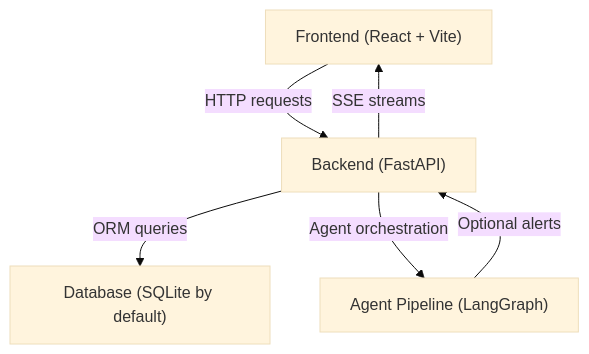
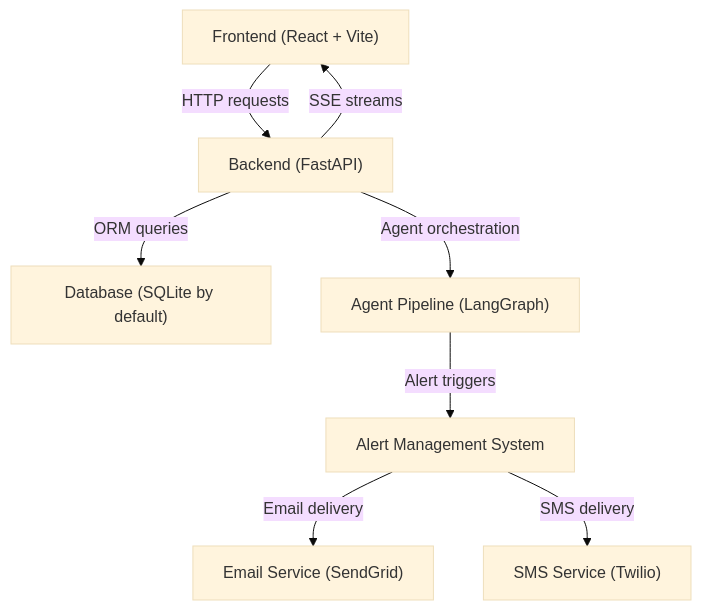
Before and after one commit to ishwarambare/ishwarambare-app: the second of 2 diagrams in .qoder/repowiki/en/content/Getting Started.md, drawn with Mermaid (base theme). The commit also changed other lines of this file and 4 other files, not shown here.

First line of the commit message:
test(alerts): add comprehensive testing framework for alert delivery and pipeline

````diff
--- a/.qoder/repowiki/en/content/Getting Started.md
+++ b/.qoder/repowiki/en/content/Getting Started.md
@@ -109,12 +140,17 @@
 ```mermaid
 graph TB
 FE["Frontend (React + Vite)"]
 API["Backend (FastAPI)"]
 DB["Database (SQLite by default)"]
 AG["Agent Pipeline (LangGraph)"]
+ALERT["Alert Management System"]
+EMAIL["Email Service (SendGrid)"]
+SMS["SMS Service (Twilio)"]
 FE --> |HTTP requests| API
 API --> |ORM queries| DB
 API --> |Agent orchestration| AG
-AG --> |Optional alerts| API
+AG --> |Alert triggers| ALERT
+ALERT --> |Email delivery| EMAIL
+ALERT --> |SMS delivery| SMS
 API --> |SSE streams| FE
 ```
````
